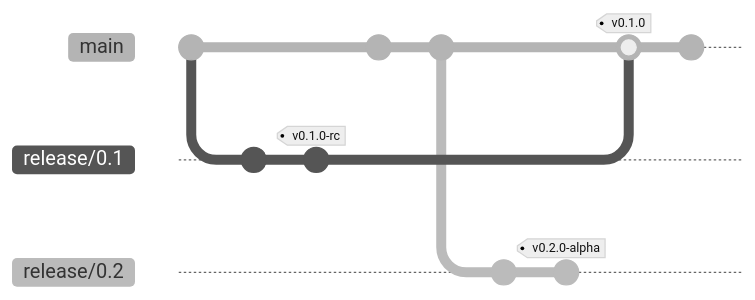
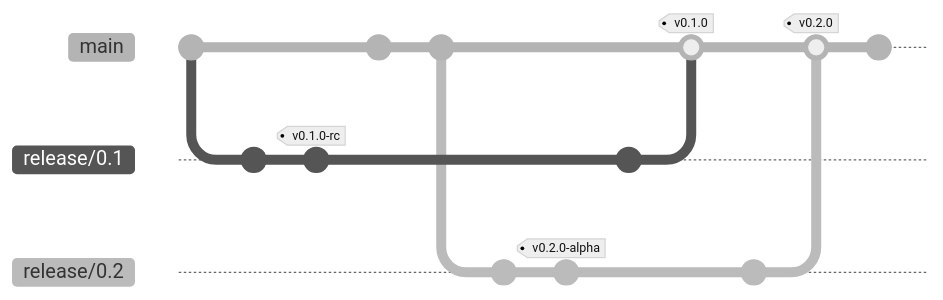
One commit to Hibex-Solutions/ModernGitWorkflow changed the third of 3 diagrams in flows.md. Above: the diagram before and after it, drawn with Mermaid. Commit ids are hidden.

Commit message:
Atualiza fluxo incremental-release-flow

````diff
--- a/flows.md
+++ b/flows.md
@@ -67,20 +67,26 @@
 ```mermaid
 ---
 config:
   theme: 'neutral'
 ---
 gitGraph LR:
     commit
     branch "release/0.1"
     commit
     commit tag: "v0.1.0-rc"
     checkout main
     commit
     commit
     branch "release/0.2"
     commit
     commit tag: "v0.2.0-alpha"
+    checkout "release/0.1"
+    commit
     checkout main
     merge "release/0.1" tag: "v0.1.0"
+    checkout "release/0.2"
+    commit
+    checkout main
+    merge "release/0.2" tag: "v0.2.0"
     commit
 ```
````
